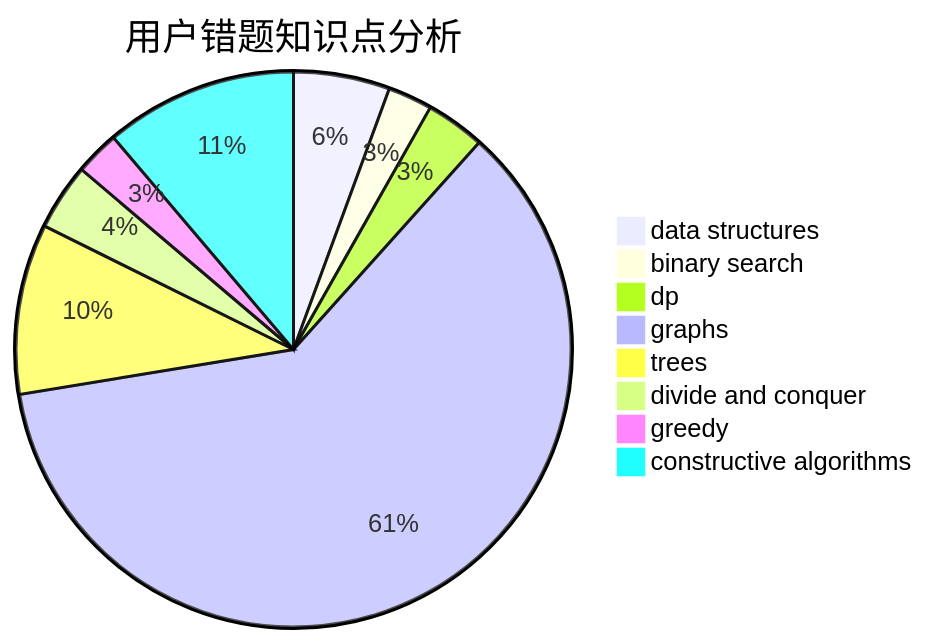
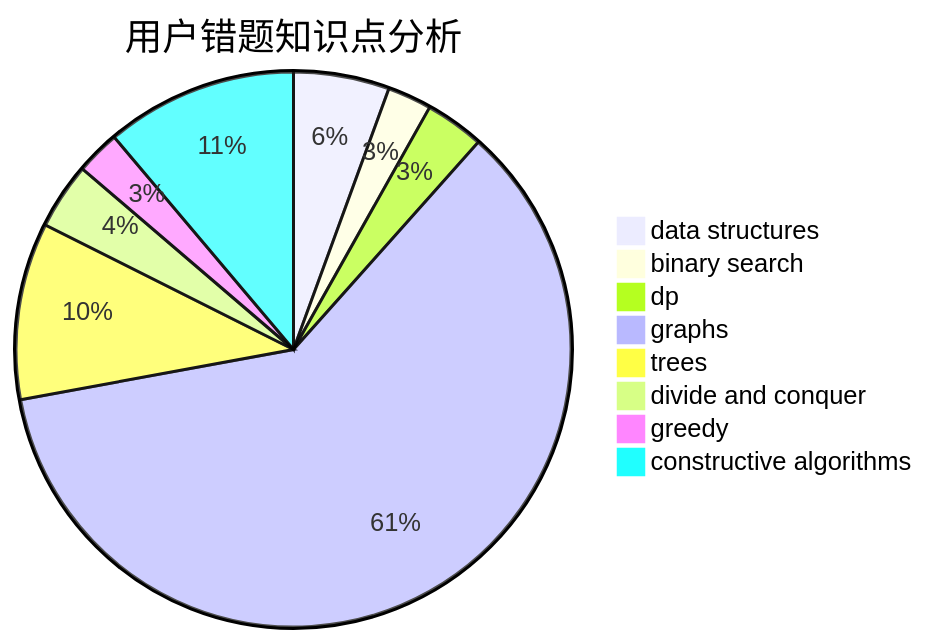
One commit to sherpahu/cfrs.github.io changed the third of 3 diagrams in docs/user/u2722.md. Above: the diagram before and after it, drawn with Mermaid. The commit also changed other lines of this file and 2770 other files, not shown here.

````diff
--- a/docs/user/u2722.md
+++ b/docs/user/u2722.md
@@ -36,11 +36,11 @@
 ```mermaid
 pie title 用户错题知识点分析
     "data structures" :  13
     "binary search" :  6
     "dp" :  8
     "graphs" :  141
-    "trees" :  23
+    "trees" :  24
     "divide and conquer" :  9
     "greedy" :  6
     "constructive algorithms" :  26
 ```
````
